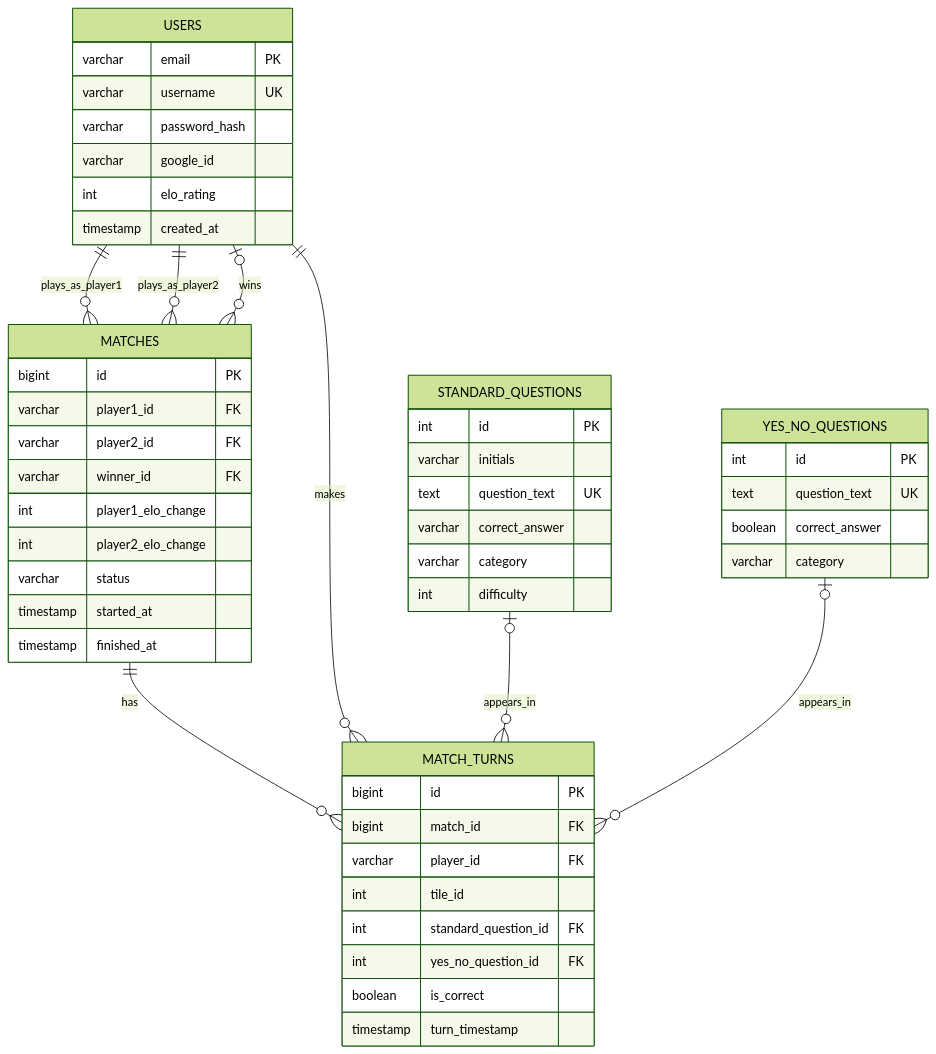
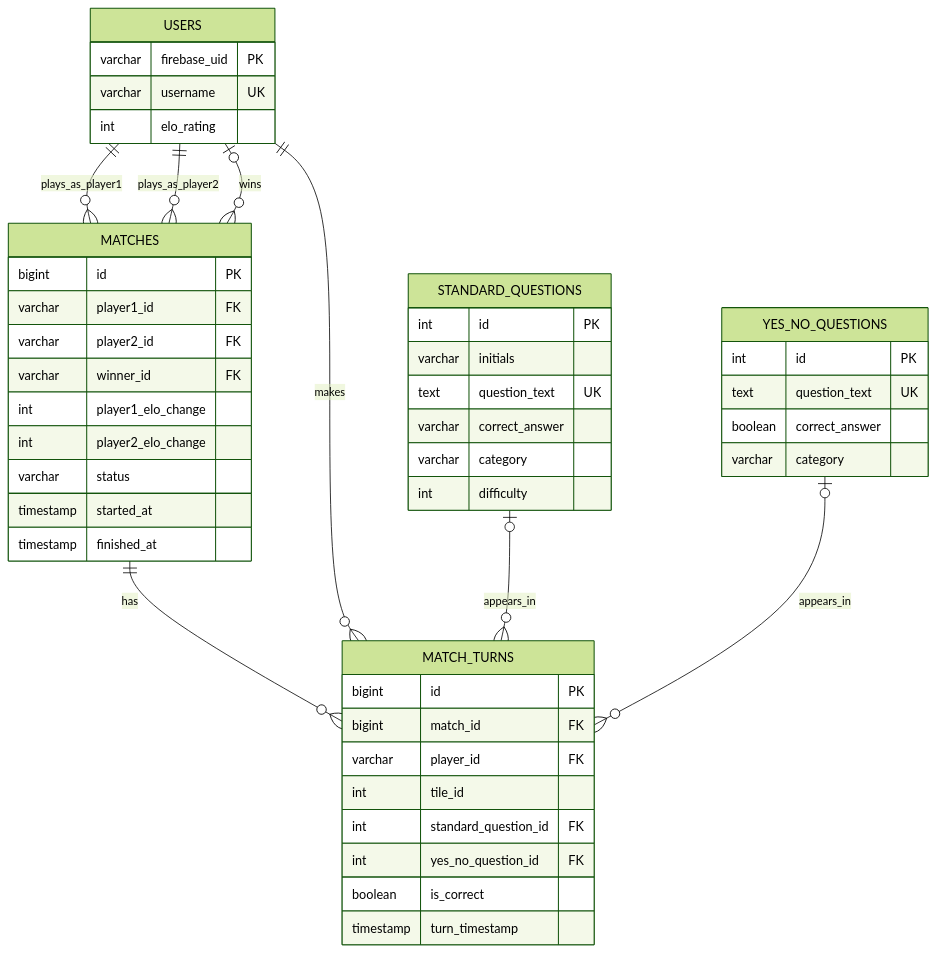
One commit to PSI-RDB-2026/QuizApp changed the second of 7 diagrams in docs/DESIGN.md. Above: the diagram before and after it, drawn with Mermaid (forest theme).

Commit message:
DB Schema change

````diff
--- a/docs/DESIGN.md
+++ b/docs/DESIGN.md
@@ -44,58 +44,55 @@
 ```mermaid
 erDiagram
     USERS {
-        varchar email PK
+        varchar firebase_uid PK
         varchar username UK
-        varchar password_hash
-        varchar google_id
         int elo_rating
-        timestamp created_at
     }
 
     STANDARD_QUESTIONS {
         int id PK
         varchar initials
         text question_text UK
         varchar correct_answer
         varchar category
         int difficulty
     }
 
     YES_NO_QUESTIONS {
         int id PK
         text question_text UK
         boolean correct_answer
         varchar category
     }
 
     MATCHES {
         bigint id PK
         varchar player1_id FK
         varchar player2_id FK
         varchar winner_id FK
         int player1_elo_change
         int player2_elo_change
         varchar status
         timestamp started_at
         timestamp finished_at
     }
 
     MATCH_TURNS {
         bigint id PK
         bigint match_id FK
         varchar player_id FK
         int tile_id
         int standard_question_id FK
         int yes_no_question_id FK
         boolean is_correct
         timestamp turn_timestamp
     }
 
     USERS ||--o{ MATCHES : plays_as_player1
     USERS ||--o{ MATCHES : plays_as_player2
     USERS o|--o{ MATCHES : wins
     MATCHES ||--o{ MATCH_TURNS : has
     USERS ||--o{ MATCH_TURNS : makes
     STANDARD_QUESTIONS o|--o{ MATCH_TURNS : appears_in
     YES_NO_QUESTIONS o|--o{ MATCH_TURNS : appears_in
 ```
````
